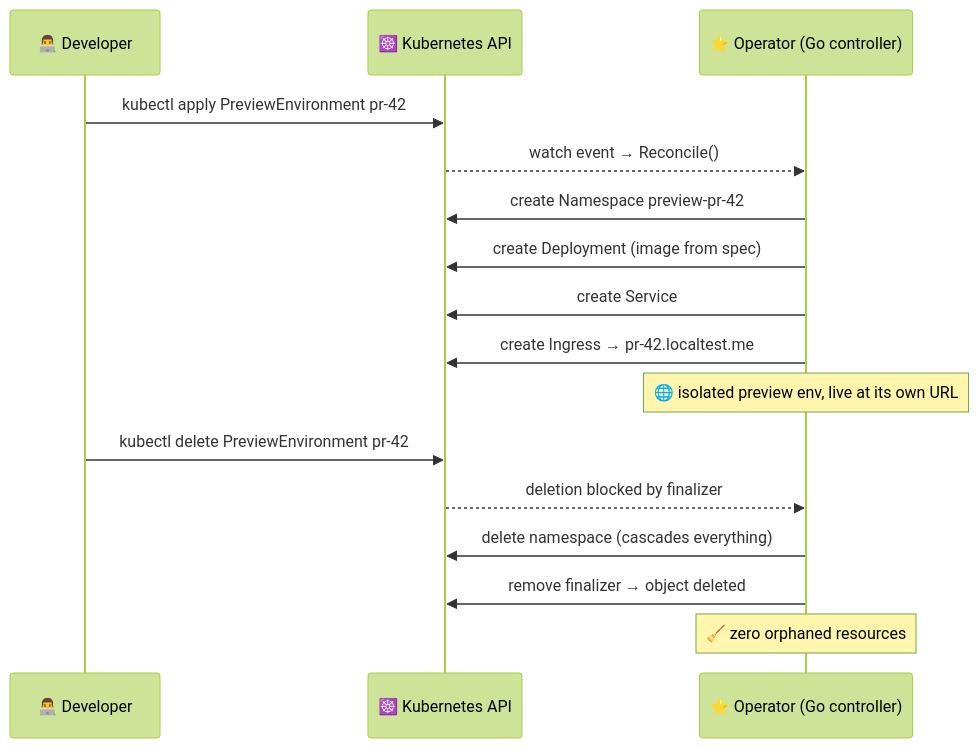
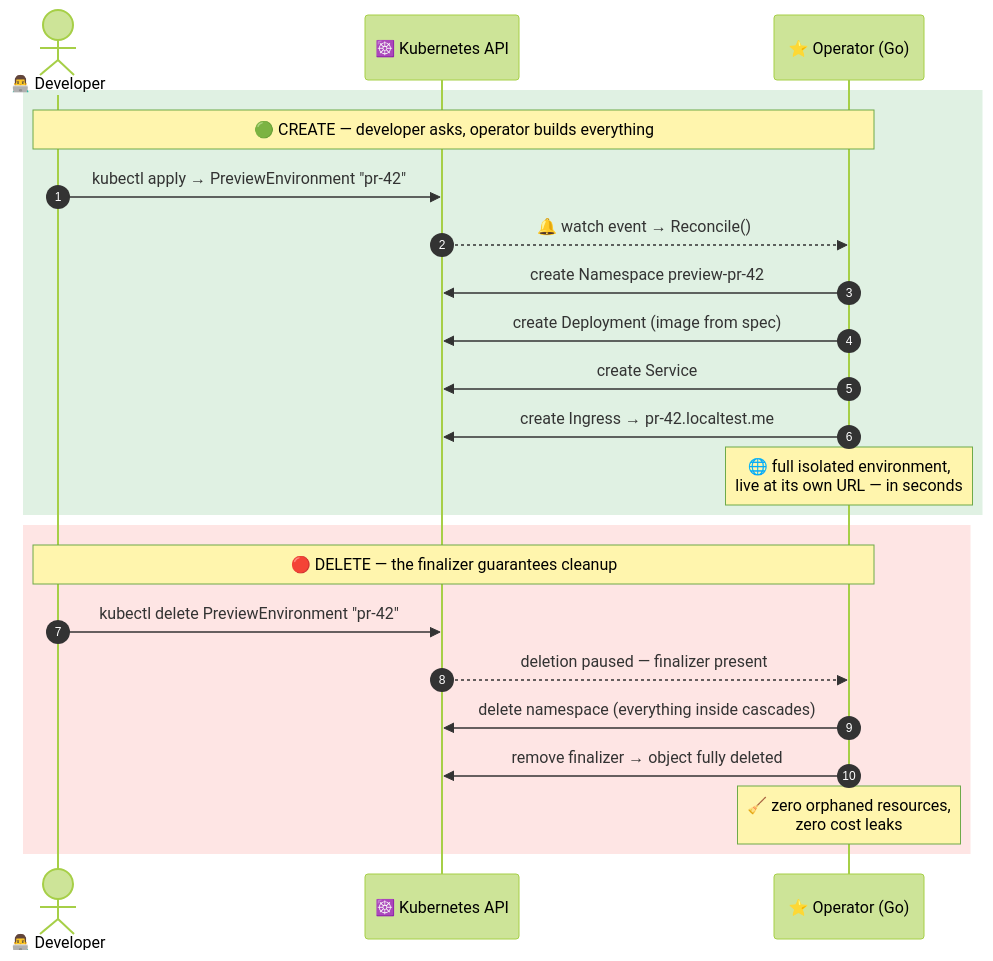
Before and after one commit to Ayush-Bansal08/k8s-project: the second of 4 diagrams in README.md, drawn with Mermaid (forest theme). The commit also changed other lines of this file, not shown here.

Commit message:
Redesign README diagrams: color-coded, story-driven

````diff
--- a/README.md
+++ b/README.md
@@ -135,20 +159,27 @@
 ```mermaid
 sequenceDiagram
-    participant Dev as 👨‍💻 Developer
+    autonumber
+    actor Dev as 👨‍💻 Developer
     participant API as ☸️ Kubernetes API
-    participant Op as ⭐ Operator (Go controller)
+    participant Op as ⭐ Operator (Go)
 
-    Dev->>API: kubectl apply PreviewEnvironment pr-42
-    API-->>Op: watch event → Reconcile()
-    Op->>API: create Namespace preview-pr-42
-    Op->>API: create Deployment (image from spec)
-    Op->>API: create Service
-    Op->>API: create Ingress → pr-42.localtest.me
-    Note over Op: 🌐 isolated preview env, live at its own URL
+    rect rgba(46, 160, 67, 0.15)
+        Note over Dev,Op: 🟢 CREATE — developer asks, operator builds everything
+        Dev->>API: kubectl apply → PreviewEnvironment "pr-42"
+        API-->>Op: 🔔 watch event → Reconcile()
+        Op->>API: create Namespace preview-pr-42
+        Op->>API: create Deployment (image from spec)
+        Op->>API: create Service
+        Op->>API: create Ingress → pr-42.localtest.me
+        Note over Op: 🌐 full isolated environment,<br/>live at its own URL — in seconds
+    end
 
-    Dev->>API: kubectl delete PreviewEnvironment pr-42
-    API-->>Op: deletion blocked by finalizer
-    Op->>API: delete namespace (cascades everything)
-    Op->>API: remove finalizer → object deleted
-    Note over Op: 🧹 zero orphaned resources
+    rect rgba(248, 81, 73, 0.15)
+        Note over Dev,Op: 🔴 DELETE — the finalizer guarantees cleanup
+        Dev->>API: kubectl delete PreviewEnvironment "pr-42"
+        API-->>Op: deletion paused — finalizer present
+        Op->>API: delete namespace (everything inside cascades)
+        Op->>API: remove finalizer → object fully deleted
+        Note over Op: 🧹 zero orphaned resources,<br/>zero cost leaks
+    end
 ```
````
